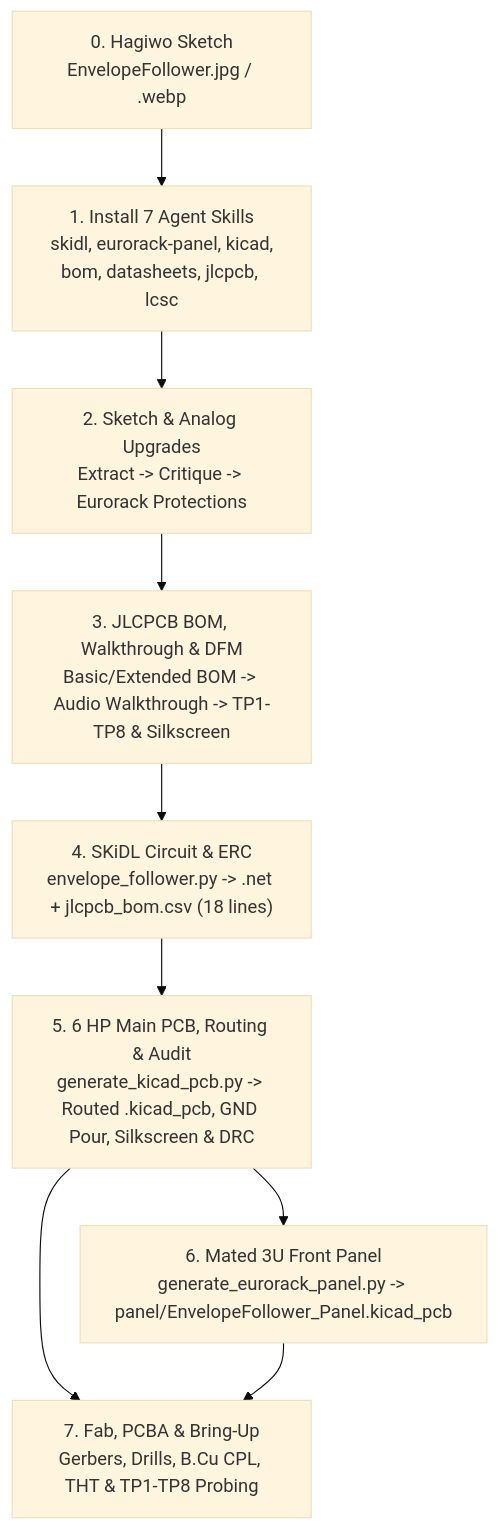
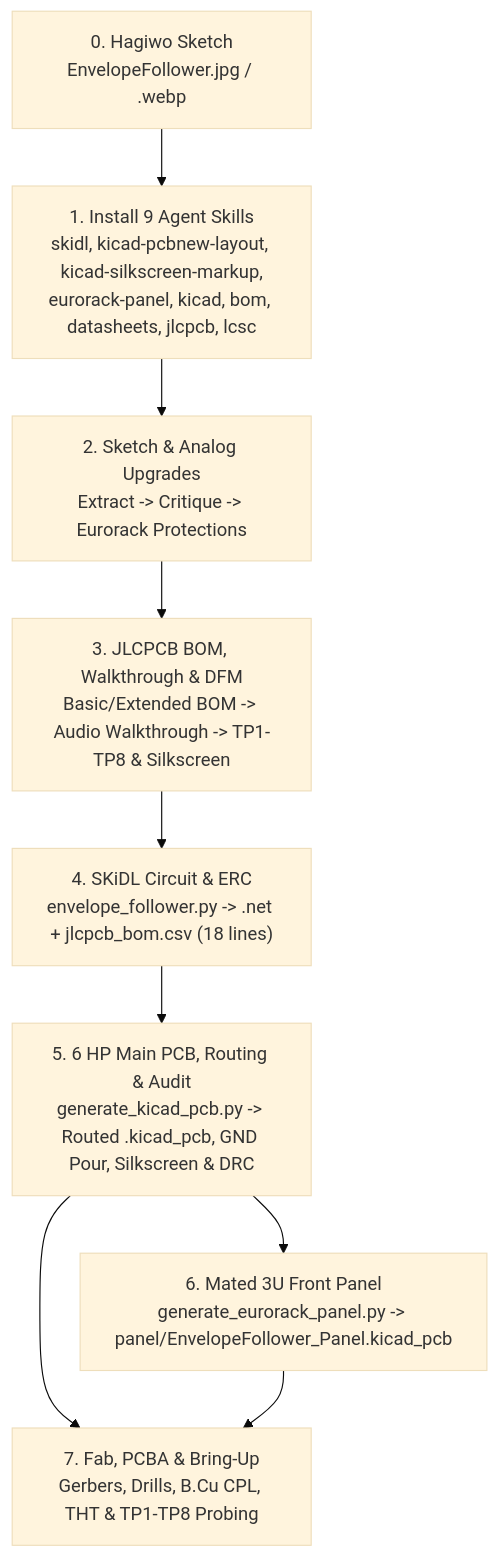
One commit to domesticmouse/EnvelopeFollower changed the diagram in docs/index.md. Above: the diagram before and after it, drawn with Mermaid (base theme). The commit also changed other lines of this file and 2 other files, not shown here.

First line of the commit message:
Install PCB layout and silkscreen skills in Stage 1 and remove Step 5.3

````diff
--- a/docs/index.md
+++ b/docs/index.md
@@ -11,11 +11,11 @@
 ```mermaid
 flowchart TD
-    S0["0. Hagiwo Sketch<br/>EnvelopeFollower.jpg / .webp"] --> S1["1. Install 7 Agent Skills<br/>skidl, eurorack-panel, kicad,<br/>bom, datasheets, jlcpcb, lcsc"]
+    S0["0. Hagiwo Sketch<br/>EnvelopeFollower.jpg / .webp"] --> S1["1. Install 9 Agent Skills<br/>skidl, kicad-pcbnew-layout, kicad-silkscreen-markup,<br/>eurorack-panel, kicad, bom, datasheets, jlcpcb, lcsc"]
     S1 --> S2["2. Sketch & Analog Upgrades<br/>Extract -> Critique -> Eurorack Protections"]
     S2 --> S3["3. JLCPCB BOM, Walkthrough & DFM<br/>Basic/Extended BOM -> Audio Walkthrough -> TP1-TP8 & Silkscreen"]
     S3 --> S4["4. SKiDL Circuit & ERC<br/>envelope_follower.py -> .net + jlcpcb_bom.csv (18 lines)"]
     S4 --> S5["5. 6 HP Main PCB, Routing & Audit<br/>generate_kicad_pcb.py -> Routed .kicad_pcb, GND Pour, Silkscreen & DRC"]
     S5 --> S6["6. Mated 3U Front Panel<br/>generate_eurorack_panel.py -> panel/EnvelopeFollower_Panel.kicad_pcb"]
     S5 --> S7["7. Fab, PCBA & Bring-Up<br/>Gerbers, Drills, B.Cu CPL, THT & TP1-TP8 Probing"]
     S6 --> S7
 ```
````
